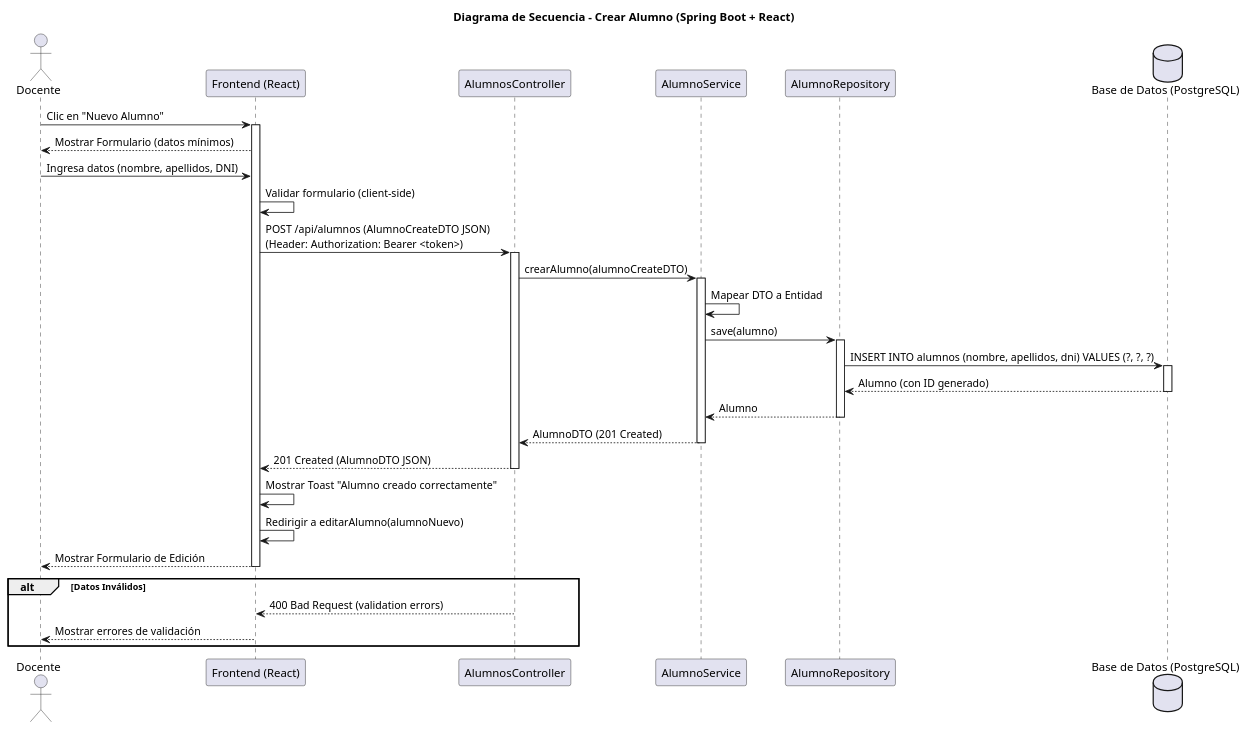
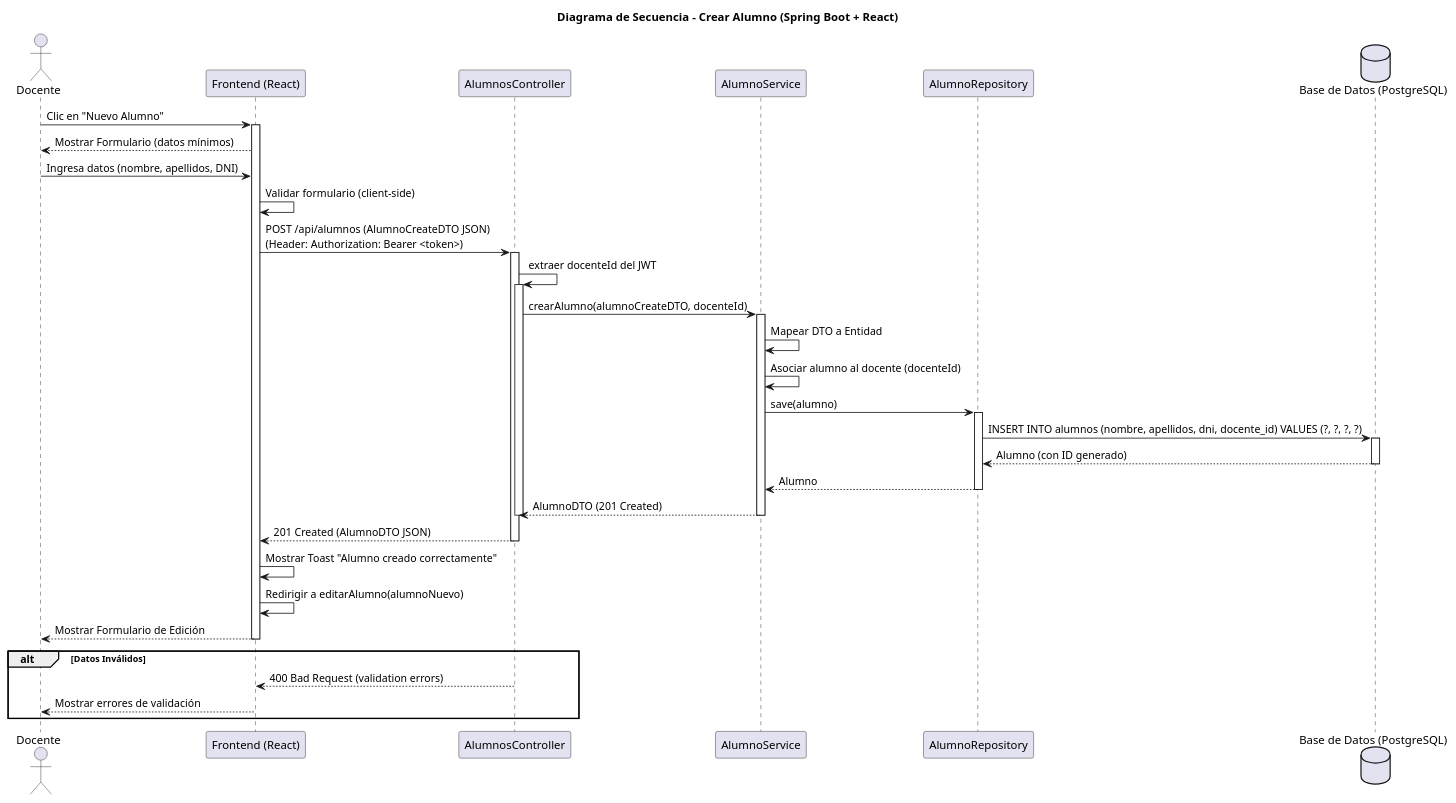
The diagram in modelosUML/diseño/crearAlumno/secuencia.puml (martinlopez7/25-26-idsw2-sdVC), drawn with PlantUML before and after one commit. The commit also changed 3 other files, not shown here.

Commit message:
fix: correccion diseño crearAlumno

```diff
--- a/modelosUML/diseño/crearAlumno/secuencia.puml
+++ b/modelosUML/diseño/crearAlumno/secuencia.puml
@@ -1,44 +1,48 @@
 @startuml
 title Diagrama de Secuencia - Crear Alumno (Spring Boot + React)
 
 actor "Docente" as Teacher
 participant "Frontend (React)" as FE
 participant "AlumnosController" as Controller
 participant "AlumnoService" as Service
 participant "AlumnoRepository" as Repo
 database "Base de Datos (PostgreSQL)" as DB
 
 Teacher -> FE: Clic en "Nuevo Alumno"
 activate FE
 FE --> Teacher: Mostrar Formulario (datos mínimos)
 Teacher -> FE: Ingresa datos (nombre, apellidos, DNI)
 FE -> FE: Validar formulario (client-side)
 FE -> Controller: POST /api/alumnos (AlumnoCreateDTO JSON)\n(Header: Authorization: Bearer <token>)
 activate Controller
-Controller -> Service: crearAlumno(alumnoCreateDTO)
+Controller -> Controller: extraer docenteId del JWT
+activate Controller
+Controller -> Service: crearAlumno(alumnoCreateDTO, docenteId)
 activate Service
 Service -> Service: Mapear DTO a Entidad
+Service -> Service: Asociar alumno al docente (docenteId)
 Service -> Repo: save(alumno)
 activate Repo
-Repo -> DB: INSERT INTO alumnos (nombre, apellidos, dni) VALUES (?, ?, ?)
+Repo -> DB: INSERT INTO alumnos (nombre, apellidos, dni, docente_id) VALUES (?, ?, ?, ?)
 activate DB
 DB --> Repo: Alumno (con ID generado)
 deactivate DB
 Repo --> Service: Alumno
 deactivate Repo
 Service --> Controller: AlumnoDTO (201 Created)
 deactivate Service
+deactivate Controller
 Controller --> FE: 201 Created (AlumnoDTO JSON)
 deactivate Controller
 FE -> FE: Mostrar Toast "Alumno creado correctamente"
 FE -> FE: Redirigir a editarAlumno(alumnoNuevo)
 FE --> Teacher: Mostrar Formulario de Edición
 deactivate FE
 
 alt Datos Inválidos
     Controller --> FE: 400 Bad Request (validation errors)
     deactivate Controller
     FE --> Teacher: Mostrar errores de validación
 end
 
 @enduml
```
